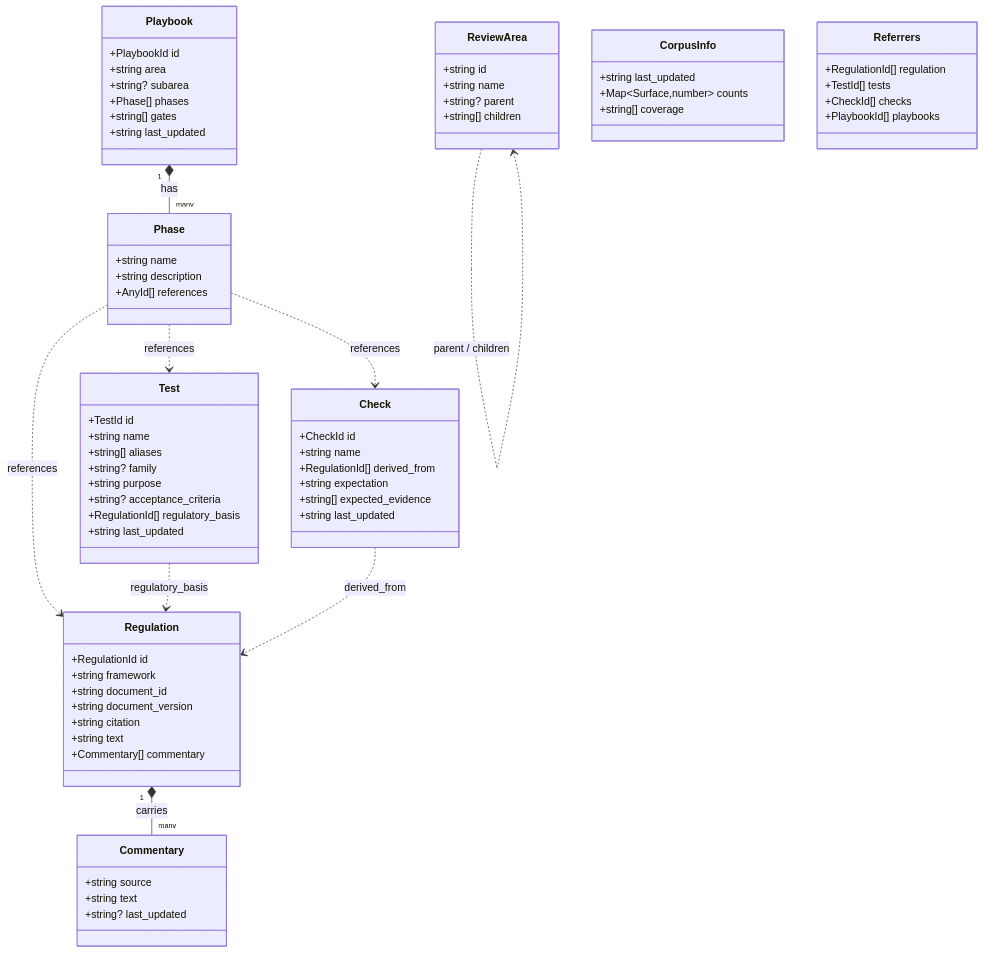
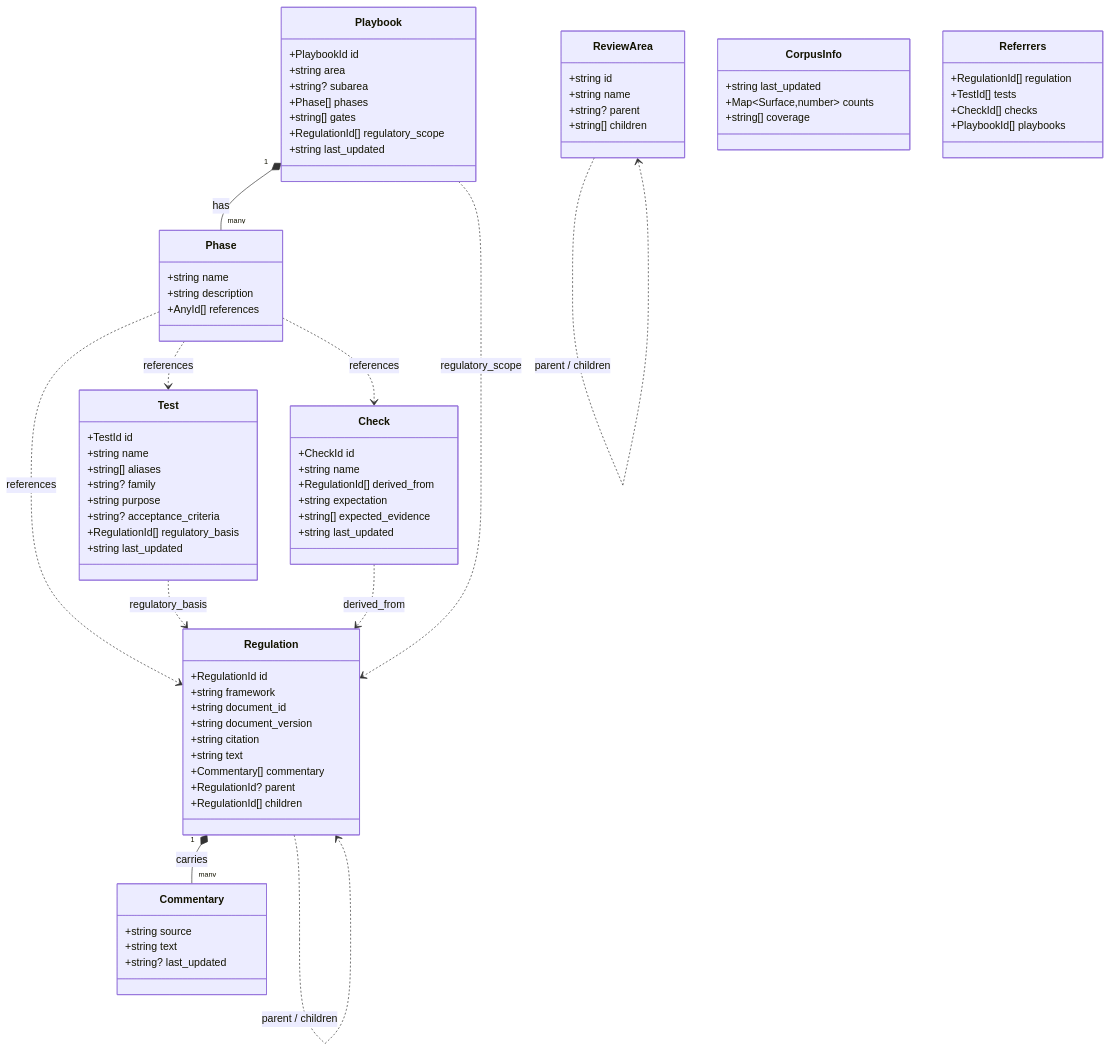
The first of 2 diagrams in docs/guide/architecture.md (rhozacc/prudent-mcp), drawn with Mermaid before and after one commit. The commit also changed 7 other files, not shown here.

First line of the commit message:
feat: add Regulation hierarchy (parent/children) + Playbook.regulatory_scope

```diff
--- a/docs/guide/architecture.md
+++ b/docs/guide/architecture.md
@@ -14,6 +14,8 @@
         +string citation
         +string text
         +Commentary[] commentary
+        +RegulationId? parent
+        +RegulationId[] children
     }
 
     class Commentary {
@@ -48,6 +50,7 @@
         +string? subarea
         +Phase[] phases
         +string[] gates
+        +RegulationId[] regulatory_scope
         +string last_updated
     }
 
@@ -79,8 +82,10 @@
 
     Regulation "1" *-- "many" Commentary : carries
     Playbook "1" *-- "many" Phase : has
+    Regulation ..> Regulation : parent / children
     Check ..> Regulation : derived_from
     Test ..> Regulation : regulatory_basis
+    Playbook ..> Regulation : regulatory_scope
     Phase ..> Regulation : references
     Phase ..> Test : references
     Phase ..> Check : references
```
